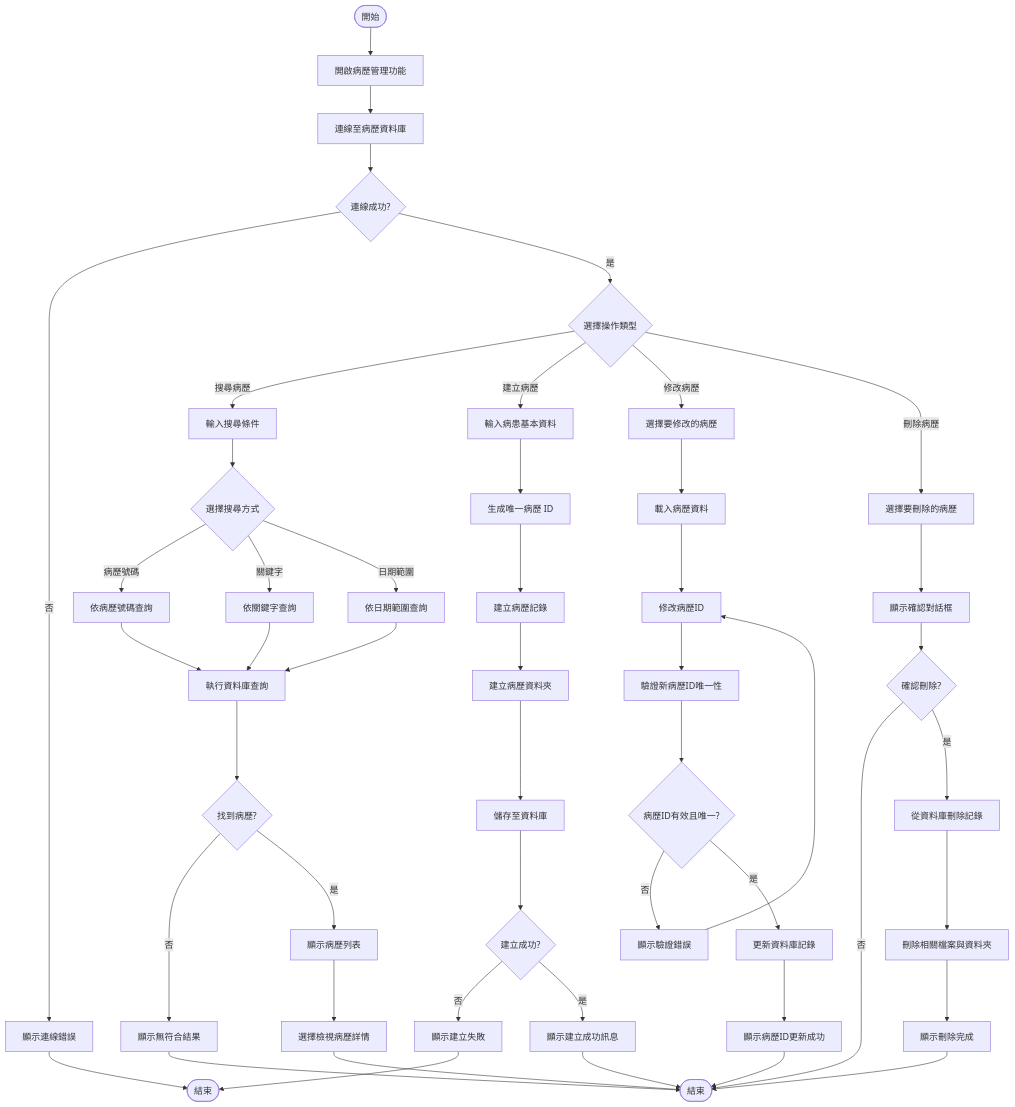
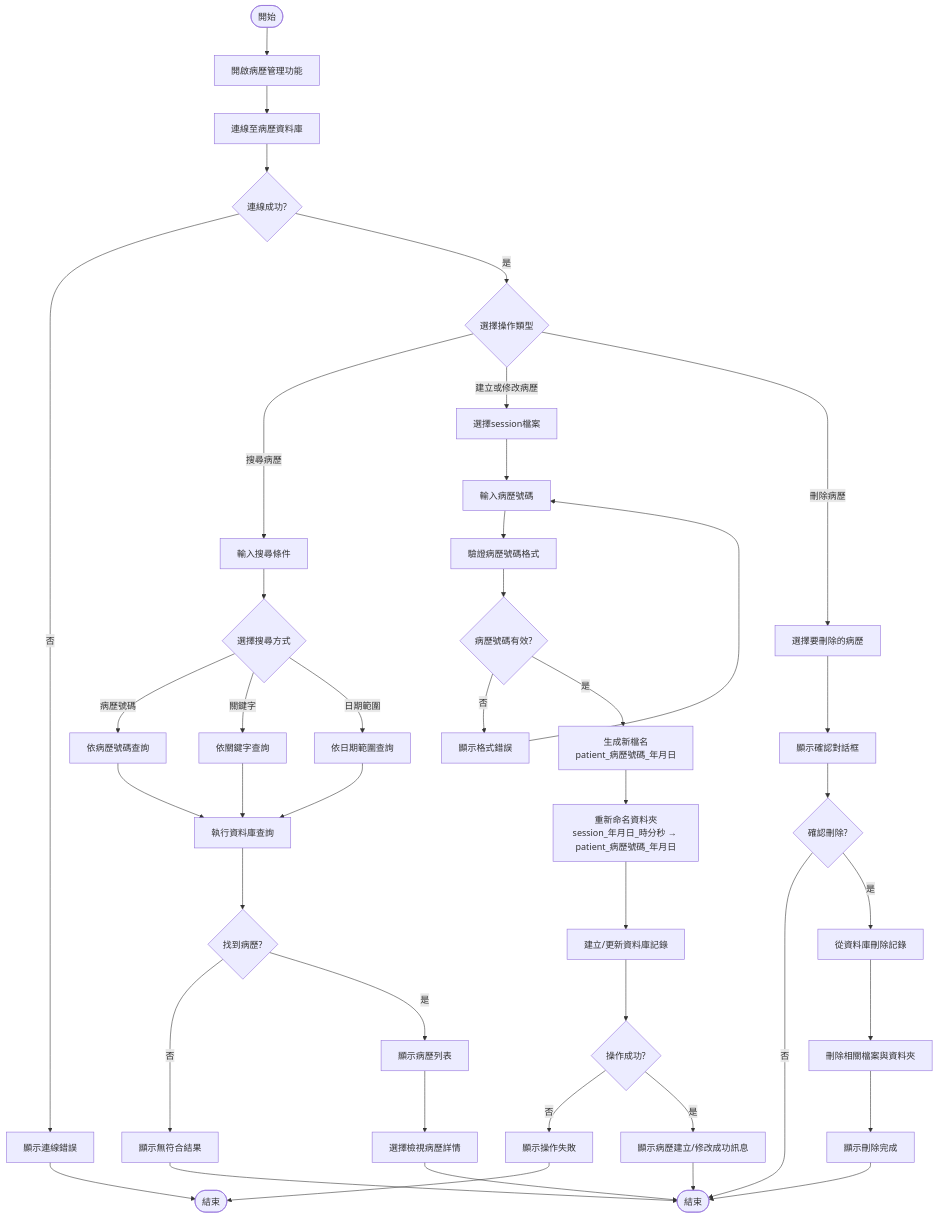
One commit to Zero-cloud112/project changed the ninth of 9 diagrams in hw5.md. Above: the diagram before and after it, drawn with Mermaid. The commit also changed other lines of this file, not shown here.

````diff
--- a/hw5.md
+++ b/hw5.md
@@ -645,56 +641,49 @@
 ```mermaid
 flowchart TD
     Start([開始]) --> A[開啟病歷管理功能]
     A --> B[連線至病歷資料庫]
     B --> C{連線成功?}
     C -->|否| D[顯示連線錯誤]
     D --> End1([結束])
     
     C -->|是| E{選擇操作類型}
     
     E -->|搜尋病歷| F[輸入搜尋條件]
     F --> G{選擇搜尋方式}
     G -->|病歷號碼| H[依病歷號碼查詢]
     G -->|關鍵字| I[依關鍵字查詢]
     G -->|日期範圍| J[依日期範圍查詢]
     H --> K[執行資料庫查詢]
     I --> K
     J --> K
     K --> L{找到病歷?}
     L -->|否| M[顯示無符合結果]
     M --> End2([結束])
     L -->|是| N[顯示病歷列表]
     N --> O[選擇檢視病歷詳情]
     O --> End2
     
-    E -->|建立病歷| P[輸入病患基本資料]
-    P --> Q[生成唯一病歷 ID]
-    Q --> R[建立病歷記錄]
-    R --> S[建立病歷資料夾]
-    S --> T[儲存至資料庫]
-    T --> U{建立成功?}
-    U -->|否| V[顯示建立失敗]
-    V --> End1
-    U -->|是| W[顯示建立成功訊息]
-    W --> End2
-    
-    E -->|修改病歷| X[選擇要修改的病歷]
-    X --> Y[載入病歷資料]
-    Y --> Z[修改病歷ID]
-    Z --> AA[驗證新病歷ID唯一性]
-    AA --> AB{病歷ID有效且唯一?}
-    AB -->|否| AC[顯示驗證錯誤]
-    AC --> Z
-    AB -->|是| AD[更新資料庫記錄]
-    AD --> AE[顯示病歷ID更新成功]
-    AE --> End2
+    E -->|建立或修改病歷| P[選擇session檔案]
+    P --> Q[輸入病歷號碼]
+    Q --> R[驗證病歷號碼格式]
+    R --> S{病歷號碼有效?}
+    S -->|否| T[顯示格式錯誤]
+    T --> Q
+    S -->|是| U[生成新檔名<br/>patient_病歷號碼_年月日]
+    U --> V[重新命名資料夾<br/>session_年月日_時分秒 → patient_病歷號碼_年月日]
+    V --> W[建立/更新資料庫記錄]
+    W --> X{操作成功?}
+    X -->|否| Y[顯示操作失敗]
+    Y --> End1
+    X -->|是| Z[顯示病歷建立/修改成功訊息]
+    Z --> End2
     
     E -->|刪除病歷| AF[選擇要刪除的病歷]
     AF --> AG[顯示確認對話框]
     AG --> AH{確認刪除?}
     AH -->|否| End2
     AH -->|是| AI[從資料庫刪除記錄]
     AI --> AJ[刪除相關檔案與資料夾]
     AJ --> AK[顯示刪除完成]
     AK --> End2
 ```
````
